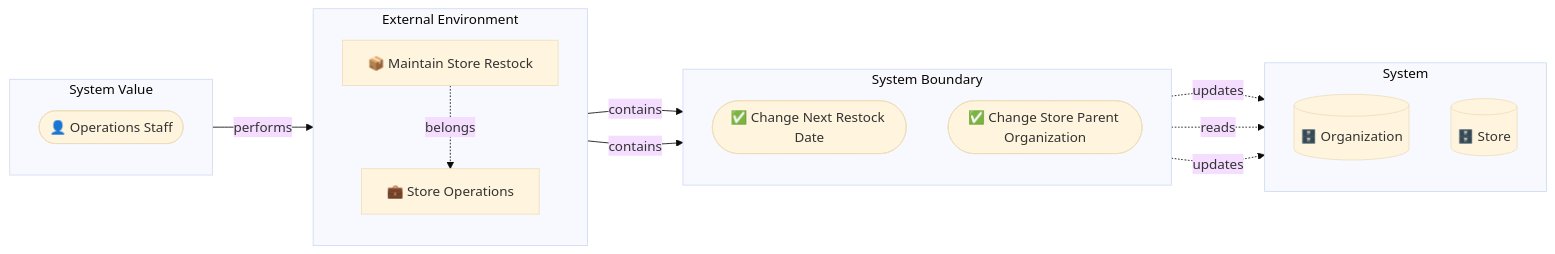
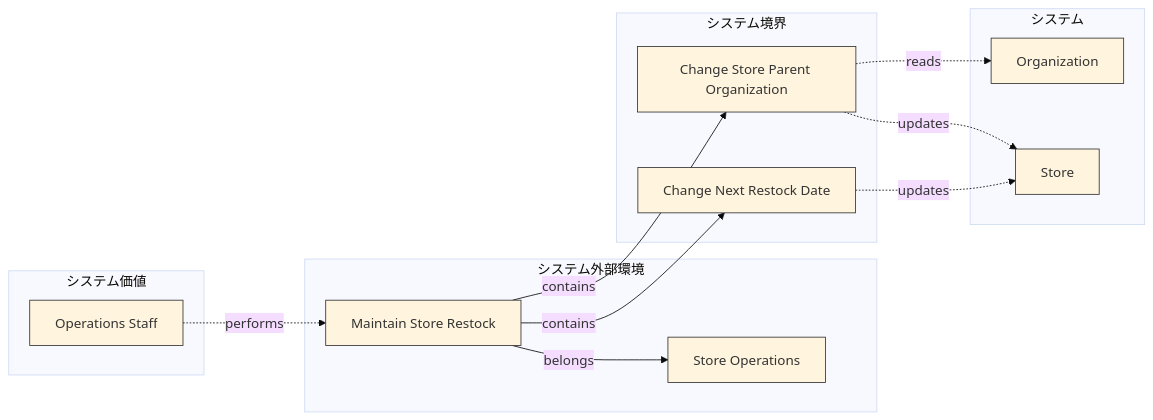
Before and after one commit to manji-0/rdra-ish-dsl: the diagram in samples/incremental-order/step-2-data-touchpoints/out/object_graph_buc_store_restock.mmd, drawn with Mermaid (base theme). The commit also changed 12 other files, not shown here.

First line of the commit message:
docs(samples): refresh the incremental-order step diagrams to the encoding contract

```diff
--- a/samples/incremental-order/step-2-data-touchpoints/out/object_graph_buc_store_restock.mmd
+++ b/samples/incremental-order/step-2-data-touchpoints/out/object_graph_buc_store_restock.mmd
@@ -1,27 +1,34 @@
+%% rdra-ish diagram=rdra scope=buc:BucStoreRestock model=samples/incremental-order/step-2-data-touchpoints/src
+%% layers: value=システム価値 environment=システム外部環境 boundary=システム境界 system=システム
+%% kinds: actor business buc usecase entity
+%% omitted: (none)
 flowchart LR
-  subgraph layer_value[System Value]
-    direction TB
-    OpsStaff(["👤 Operations Staff"])
+  subgraph layer_value["システム価値"]
+    actor__OpsStaff["Operations Staff"]:::actor
   end
-  subgraph layer_environment[External Environment]
-    direction TB
-    StoreOperations["💼 Store Operations"]
-    BucStoreRestock["📦 Maintain Store Restock"]
+  subgraph layer_environment["システム外部環境"]
+    business__StoreOperations["Store Operations"]:::business
+    %% desc business__StoreOperations: Store operations owns restock planning and store master maintenance.
+    buc__BucStoreRestock["Maintain Store Restock"]:::buc
+    %% desc buc__BucStoreRestock: Keep restock dates and store organization assignments operationally correct.
   end
-  subgraph layer_boundary[System Boundary]
-    direction TB
-    ChangeNextRestockDate(["✅ Change Next Restock Date"])
-    ChangeStoreParentOrganization(["✅ Change Store Parent Organization"])
+  subgraph layer_boundary["システム境界"]
+    usecase__ChangeNextRestockDate["Change Next Restock Date"]:::usecase
+    usecase__ChangeStoreParentOrganization["Change Store Parent Organization"]:::usecase
   end
-  subgraph layer_system[System]
-    direction TB
-    Organization[("🗄️ Organization")]
-    Store[("🗄️ Store")]
+  subgraph layer_system["システム"]
+    entity__Organization["Organization"]:::entity
+    entity__Store["Store"]:::entity
   end
-  OpsStaff -->|performs| BucStoreRestock
-  BucStoreRestock -.->|belongs| StoreOperations
-  BucStoreRestock -->|contains| ChangeNextRestockDate
-  BucStoreRestock -->|contains| ChangeStoreParentOrganization
-  ChangeNextRestockDate -.->|updates| Store
-  ChangeStoreParentOrganization -.->|reads| Organization
-  ChangeStoreParentOrganization -.->|updates| Store
+  actor__OpsStaff -.->|performs| buc__BucStoreRestock
+  buc__BucStoreRestock -->|belongs| business__StoreOperations
+  buc__BucStoreRestock -->|contains| usecase__ChangeNextRestockDate
+  buc__BucStoreRestock -->|contains| usecase__ChangeStoreParentOrganization
+  usecase__ChangeNextRestockDate -.->|updates| entity__Store
+  usecase__ChangeStoreParentOrganization -.->|reads| entity__Organization
+  usecase__ChangeStoreParentOrganization -.->|updates| entity__Store
+  classDef actor stroke:#333;
+  classDef business stroke:#333;
+  classDef buc stroke:#333;
+  classDef usecase stroke:#333;
+  classDef entity stroke:#333;
```
